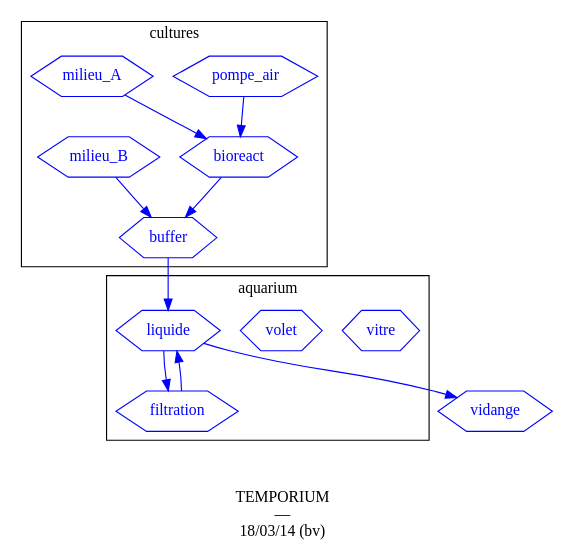
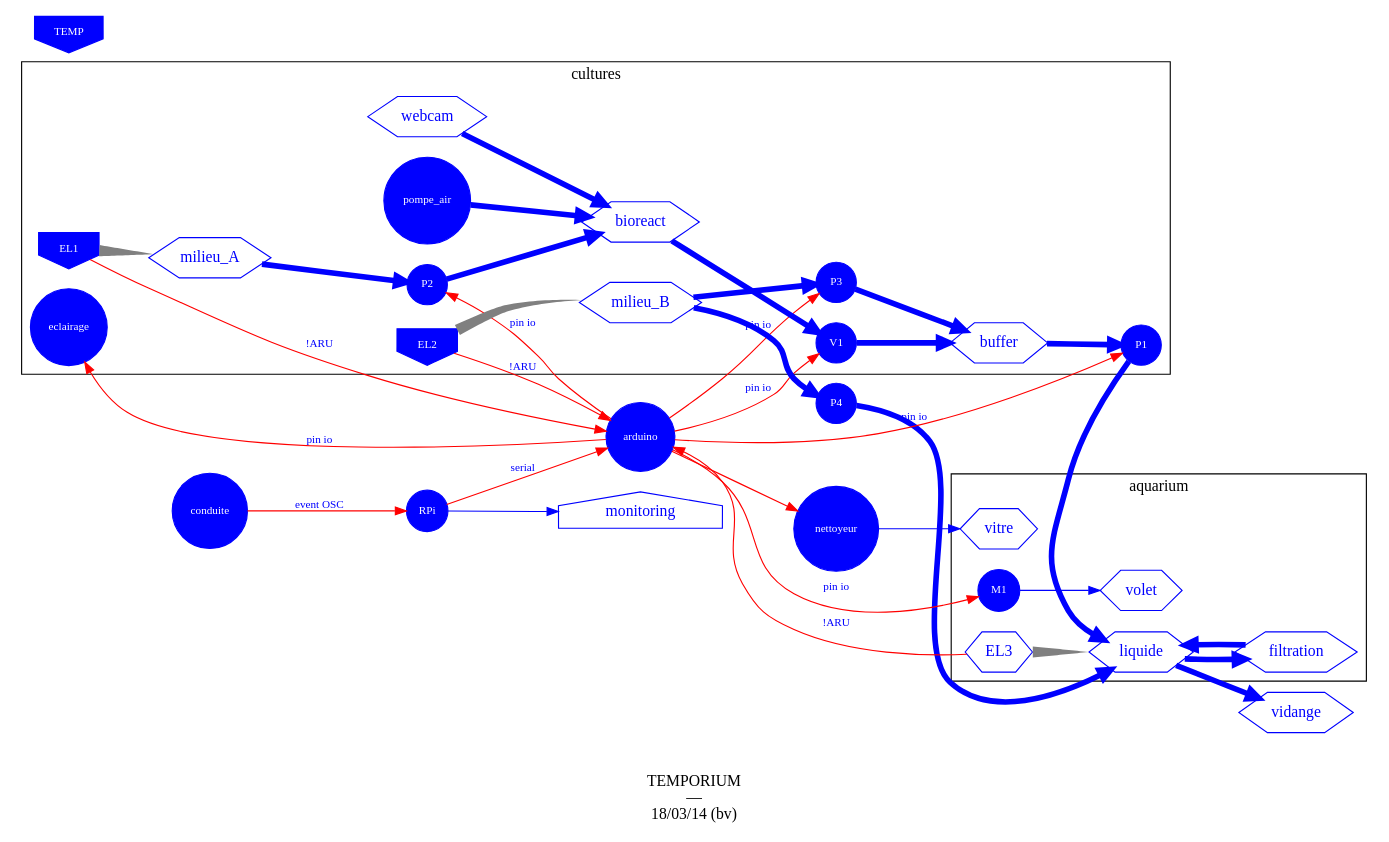
One commit to dcfvg/temporium changed the diagram in doc/life_contoller.dot. Above: the diagram before and after it, drawn with Graphviz.

Commit message:
graph updt

```diff
--- a/doc/life_contoller.dot
+++ b/doc/life_contoller.dot
@@ -1,97 +1,112 @@
 digraph {
   label="\n\nTEMPORIUM\n—\n18/03/14 (bv)"
   
-  //rankdir="LR"
-  //nodesep = .5
+  rankdir="LR"
+  //nodesep = .9
   
   layout=dot
   
   fontsize=14
   fontname="myriadpro"
   
   node[fontsize=14, fontname="myriadpro", fontcolor=blue, color=blue, shape=house]
   edge[fontsize=10, fontname="monaco", color=blue]
   
   subgraph tempo {
    
+    subgraph device {
+      
+      node[shape=circle, fontsize=10, style="filled", color=blue, fontcolor=white]
+      
+      P1 P2 P3 P4 V1 M1
+      pompe_air
+      arduino
+      RPi
+      nettoyeur
+      conduite
+      eclairage
+      
+      
+      subgraph sensor{
+        node[shape=invhouse]
+
+        EL1 
+        EL2
+        TEMP
+      }
+    }
     subgraph organs {
       
       node[shape=hexagon]
     
       subgraph cluster_bioreact {
         label="cultures"
+        webcam
         bioreact
-        pompe_air
         buffer
         milieu_A
         milieu_B
-        
+        P1 P2 P3 V1 EL2 EL1
+        pompe_air
+        eclairage
       }
 
       
       subgraph cluster_aquarium {
       
         label="aquarium"
         
         vitre
         volet
         liquide
         filtration
+        M1
+        EL3
       }
       buffer
       vidange
     }
     
+
     // RELATIONS
     
-    pompe_air -> bioreact
-    bioreact -> buffer -> liquide
-    
-    milieu_A -> bioreact
-    milieu_B -> buffer
-    
-    liquide -> vidange
-    filtration -> liquide -> filtration
-    
-    
-  /*  subgraph cluster_bioreact {
-      label ="bioreacteurs"
+    subgraph orders {
+      edge[color=red, fontcolor=blue]
       
-      milieuToBioreact
-		  cultureToBuffer
-		  get_densite
-		  get_temperature
-		  get_level 
-		  
+      conduite -> RPi [label=" event OSC"]
+      RPi -> arduino [label=" serial"]
+      arduino  -> nettoyeur
+      arduino -> {P1, P2, P3, V1, M1, eclairage} [label=" pin io"]
+      
+      EL1 -> arduino      [label=" !ARU"]
+      EL2 -> arduino      [label=" !ARU"]
+      EL3 -> arduino      [label=" !ARU"]
+      
+    }
+    subgraph contact {
+      
+      edge[style=tapered, arrowtail=none, arrowhead=none, penwidth=10, color=grey]
+      EL1 -> milieu_A
+      EL2 -> milieu_B
+      EL3 -> liquide 
+    }
+    subgraph fluid {
+      
+      edge[penwidth=5]
+      bioreact -> V1 -> buffer ->  P1 -> liquide
+      milieu_A -> P2 -> bioreact
+      milieu_B -> P3 -> buffer
+      liquide -> vidange
+      pompe_air -> bioreact
+      filtration -> liquide -> filtration
+      webcam -> { bioreact }
+      milieu_B -> P4 -> liquide
     }
     
-		tempo_eclairage
-    tempo_nettoyage
-    tempo_devoiler
-     
-		life_manager -> arduino 
-		arduino -> {
-		
-		  milieuToAqua 
-		  milieuToBioreact
-		  tempo_devoiler
-		  tempo_nettoyage
-		  tempo_eclairage
-		  
-		  cultureToBuffer
-		  
-		}  [label=" pin io"]
-		
-    cultureToBuffer -> bufferToAqu
-    tempo_eclairage -> get_temperature
-		
-  }
-	// labels
-	{
-      tempo_eclairage 	[label="éclairer"]
-      tempo_nettoyage 	[label="nettoyer la vitre"]
-      tempo_devoiler  	[label="lever de rideau"]
-*/
+    nettoyeur -> vitre
+    M1 -> volet
+    RPi -> monitoring 
+    
 	}
 
 }
```
